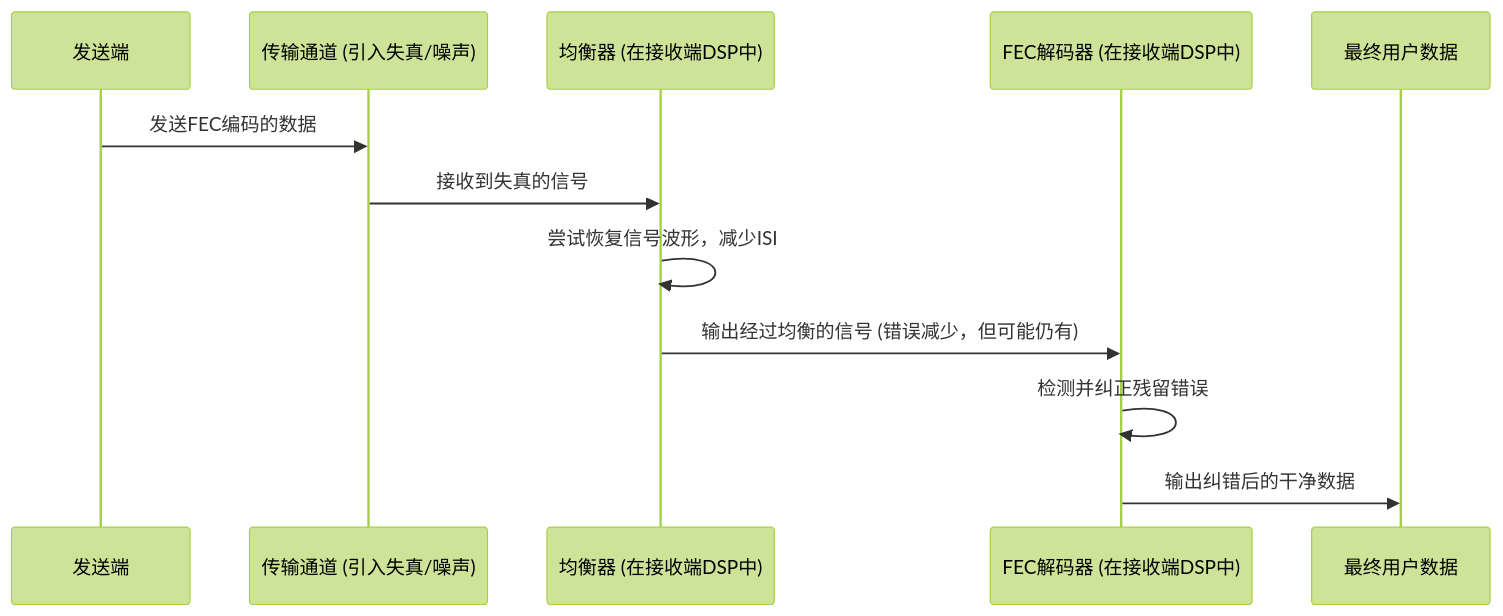
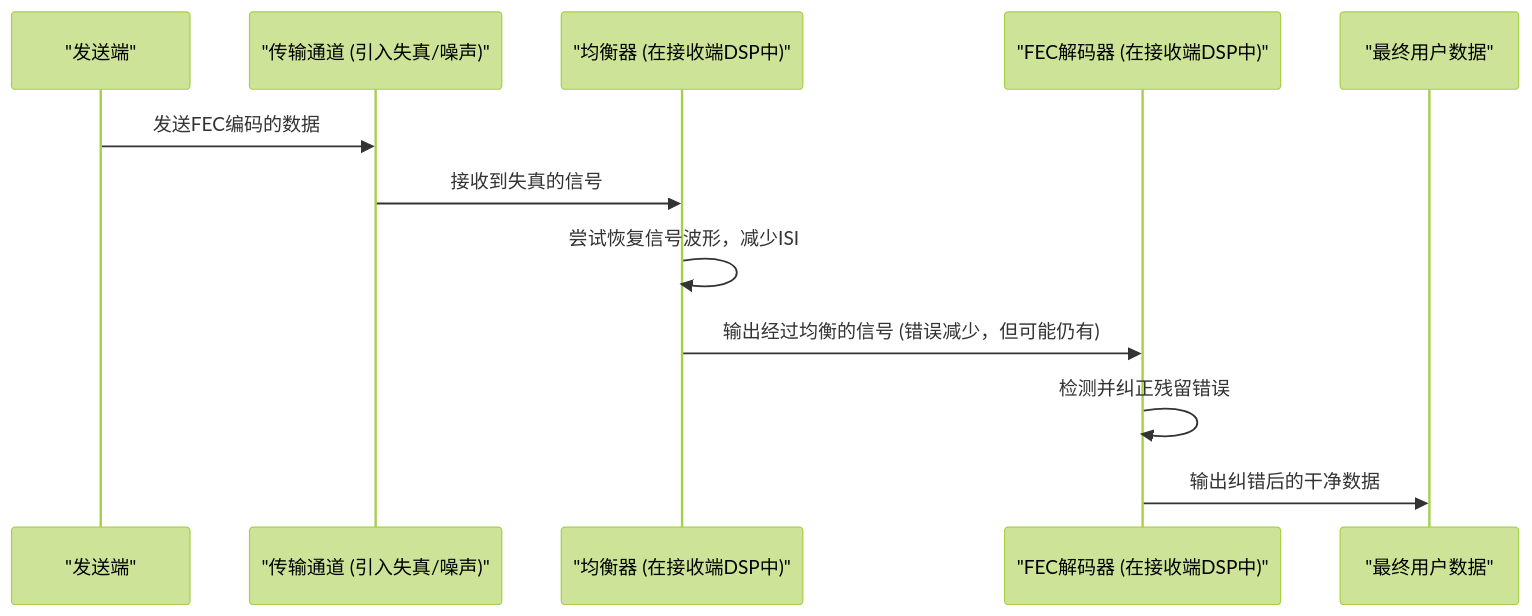
One commit to jueshi/PocketFlow-Tutorial-Codebase-Knowledge changed the fourth of 4 diagrams in output/Data_Center_Ethernet_Technology_and_Evolution_to_224_Gbps/06_前向纠错__fec__与均衡技术_.md. Above: the diagram before and after it, drawn with Mermaid (forest theme). The commit also changed other lines of this file and 282 other files, not shown here.

````diff
--- a/output/Data_Center_Ethernet_Technology_and_Evolution_to_224_Gbps/06_前向纠错__fec__与均衡技术_.md
+++ b/output/Data_Center_Ethernet_Technology_and_Evolution_to_224_Gbps/06_前向纠错__fec__与均衡技术_.md
@@ -203,15 +200,15 @@
 ```mermaid
 sequenceDiagram
-    participant Sender as 发送端
-    participant Channel as 传输通道 (引入失真/噪声)
-    participant Equalizer as 均衡器 (在接收端DSP中)
-    participant FEC_Decoder as FEC解码器 (在接收端DSP中)
-    participant UserData as 最终用户数据
+    participant Sender as "发送端"
+    participant Channel as "传输通道 (引入失真/噪声)"
+    participant Equalizer as "均衡器 (在接收端DSP中)"
+    participant FEC_Decoder as "FEC解码器 (在接收端DSP中)"
+    participant UserData as "最终用户数据"
 
     Sender->>Channel: 发送FEC编码的数据
     Channel->>Equalizer: 接收到失真的信号
     Equalizer->>Equalizer: 尝试恢复信号波形，减少ISI
     Equalizer->>FEC_Decoder: 输出经过均衡的信号 (错误减少，但可能仍有)
     FEC_Decoder->>FEC_Decoder: 检测并纠正残留错误
     FEC_Decoder->>UserData: 输出纠错后的干净数据
 ```
````
